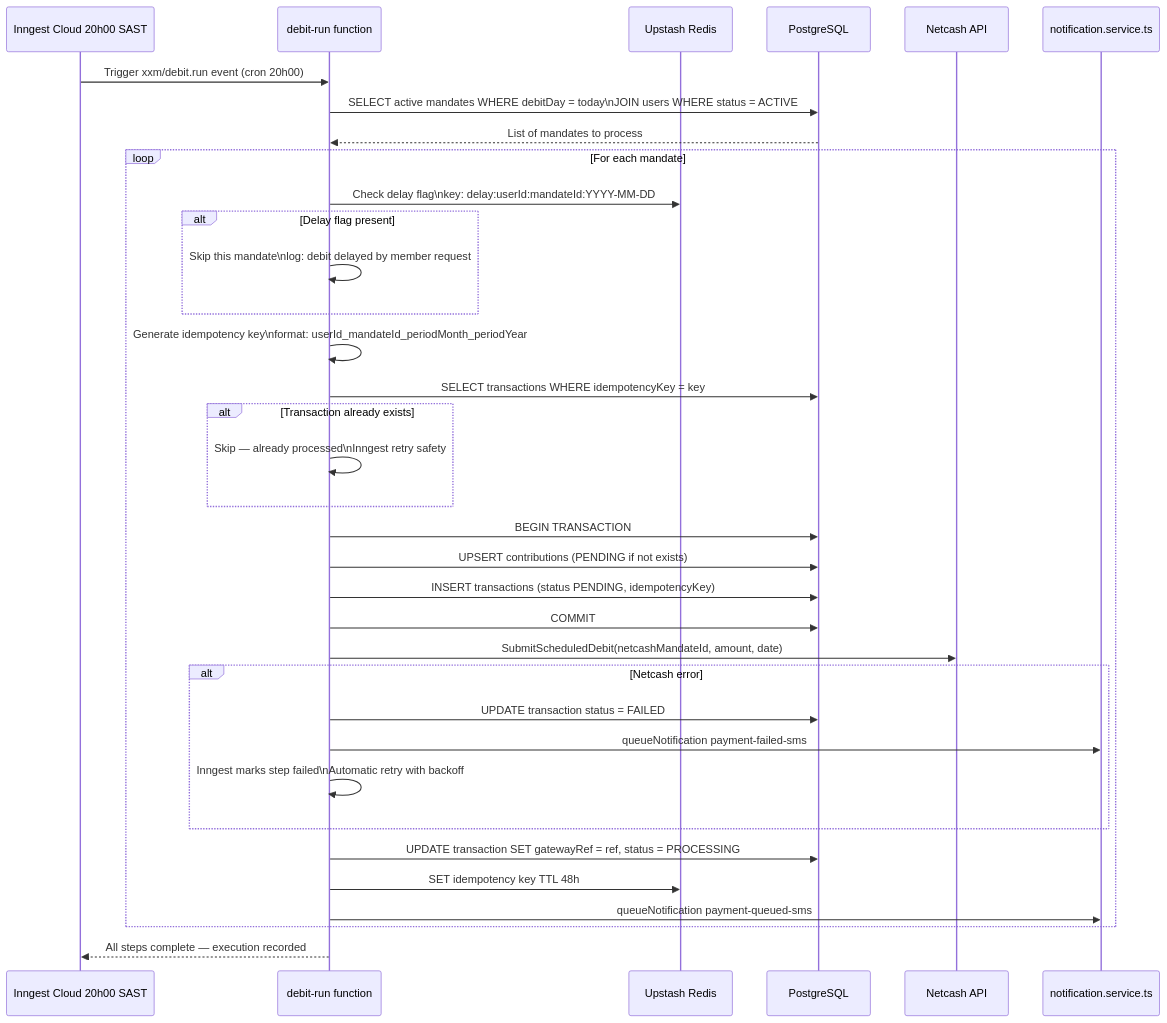
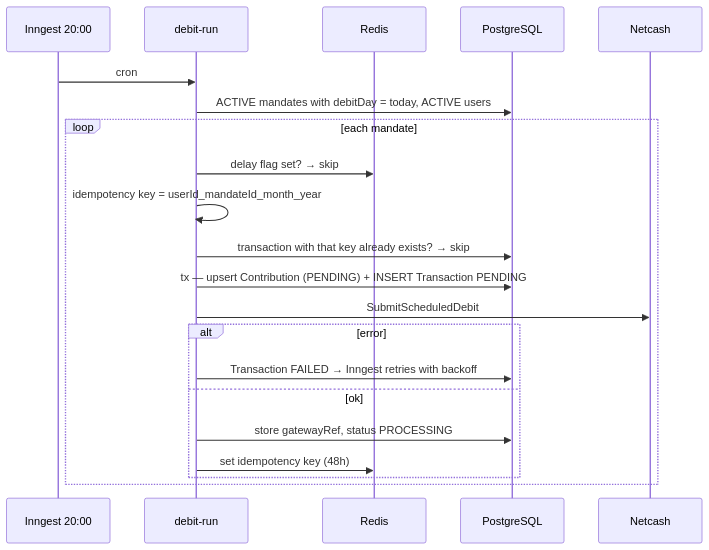
One commit to KSDRILL-SA/Xkimi-Xa-Mali changed the third of 4 diagrams in docs/flows/02-payment-flow.md. Above: the diagram before and after it, drawn with Mermaid. The commit also changed other lines of this file and 4 other files, not shown here.

First line of the commit message:
docs: tighten flow diagrams and correct stale framing (#190)

````diff
--- a/docs/flows/02-payment-flow.md
+++ b/docs/flows/02-payment-flow.md
@@ -135,45 +53,24 @@
 ```mermaid
 sequenceDiagram
-    participant IC as Inngest Cloud 20h00 SAST
-    participant JOB as debit-run function
-    participant REDIS as Upstash Redis
+    participant IC as Inngest 20:00
+    participant JOB as debit-run
+    participant RD as Redis
     participant DB as PostgreSQL
-    participant NC as Netcash API
-    participant NOTIF as notification.service.ts
+    participant NC as Netcash
 
-    IC->>JOB: Trigger xxm/debit.run event (cron 20h00)
-    JOB->>DB: SELECT active mandates WHERE debitDay = today\nJOIN users WHERE status = ACTIVE
-    DB-->>JOB: List of mandates to process
-
-    loop For each mandate
-        JOB->>REDIS: Check delay flag\nkey: delay:userId:mandateId:YYYY-MM-DD
-        alt Delay flag present
-            JOB->>JOB: Skip this mandate\nlog: debit delayed by member request
+    IC->>JOB: cron
+    JOB->>DB: ACTIVE mandates with debitDay = today, ACTIVE users
+    loop each mandate
+        JOB->>RD: delay flag set? → skip
+        JOB->>JOB: idempotency key = userId_mandateId_month_year
+        JOB->>DB: transaction with that key already exists? → skip
+        JOB->>DB: tx — upsert Contribution (PENDING) + INSERT Transaction PENDING
+        JOB->>NC: SubmitScheduledDebit
+        alt error
+            JOB->>DB: Transaction FAILED → Inngest retries with backoff
+        else ok
+            JOB->>DB: store gatewayRef, status PROCESSING
+            JOB->>RD: set idempotency key (48h)
         end
-
-        JOB->>JOB: Generate idempotency key\nformat: userId_mandateId_periodMonth_periodYear
-
-        JOB->>DB: SELECT transactions WHERE idempotencyKey = key
-        alt Transaction already exists
-            JOB->>JOB: Skip — already processed\nInngest retry safety
-        end
-
-        JOB->>DB: BEGIN TRANSACTION
-        JOB->>DB: UPSERT contributions (PENDING if not exists)
-        JOB->>DB: INSERT transactions (status PENDING, idempotencyKey)
-        JOB->>DB: COMMIT
-
-        JOB->>NC: SubmitScheduledDebit(netcashMandateId, amount, date)
-        alt Netcash error
-            JOB->>DB: UPDATE transaction status = FAILED
-            JOB->>NOTIF: queueNotification payment-failed-sms
-            JOB->>JOB: Inngest marks step failed\nAutomatic retry with backoff
-        end
-
-        JOB->>DB: UPDATE transaction SET gatewayRef = ref, status = PROCESSING
-        JOB->>REDIS: SET idempotency key TTL 48h
-        JOB->>NOTIF: queueNotification payment-queued-sms
     end
-
-    JOB-->>IC: All steps complete — execution recorded
 ```
````
